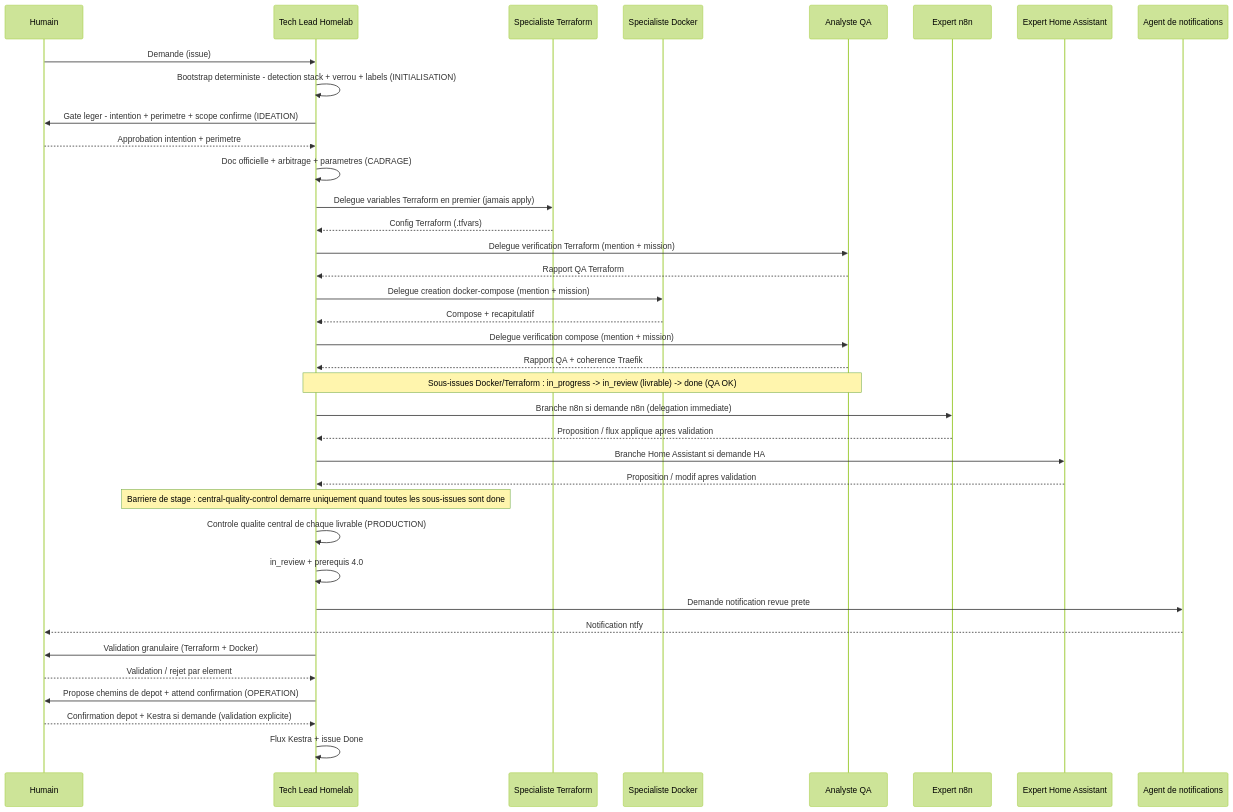
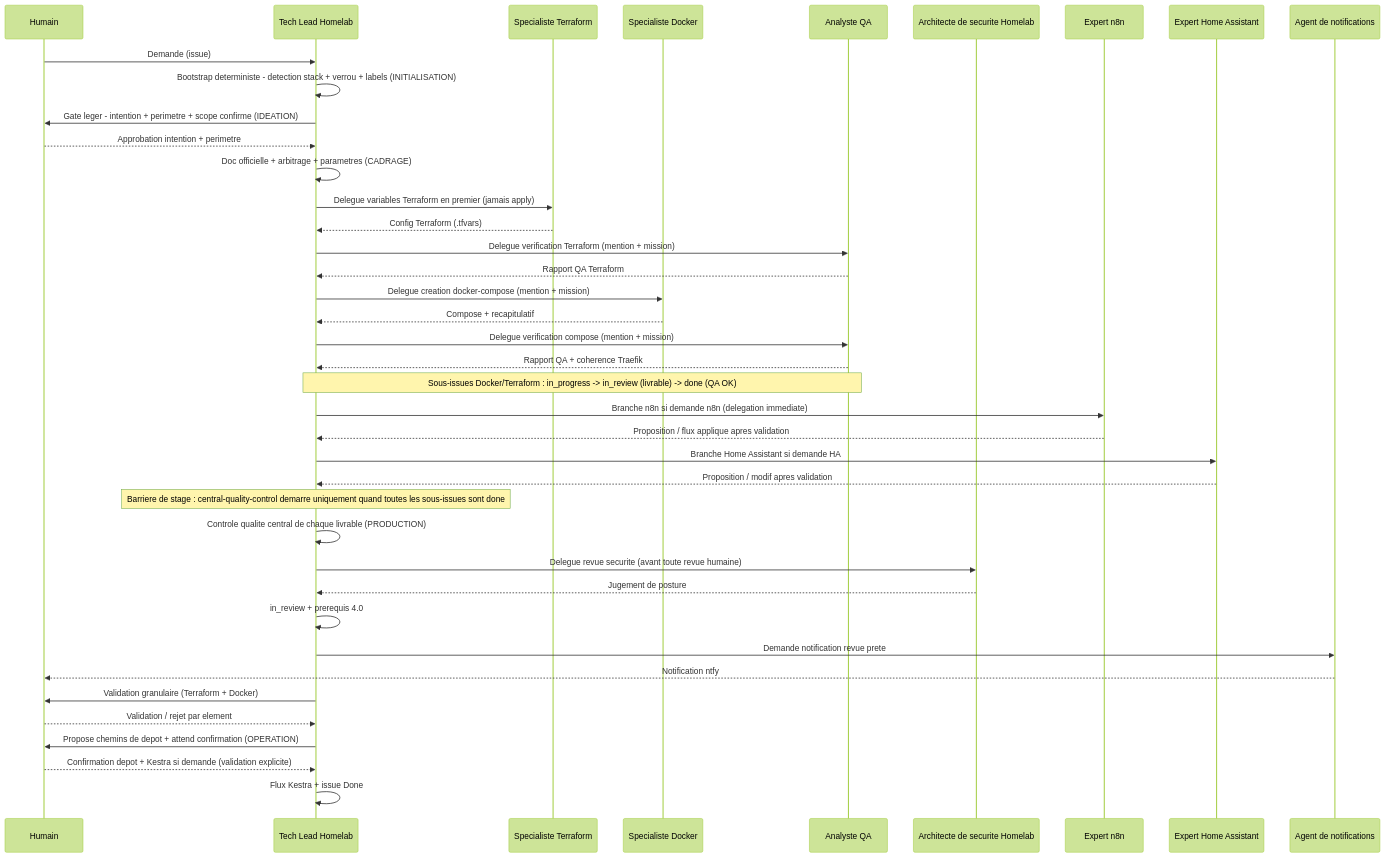
Before and after one commit to Gsyltc/homelab-portfolio: the second of 2 diagrams in homelab/common/conductor.md, drawn with Mermaid (forest theme). The commit also changed 8 other files, not shown here.

Commit message:
feat(homelab): revue sécurité obligatoire avant la revue humaine, arrêt immédiat sur constat critique

````diff
--- a/homelab/common/conductor.md
+++ b/homelab/common/conductor.md
@@ -192,40 +192,43 @@
 ```mermaid
 sequenceDiagram
     participant H as Humain
     participant S as Tech Lead Homelab
     participant An as Specialiste Terraform
     participant B as Specialiste Docker
     participant K as Analyste QA
+    participant SA as Architecte de securite Homelab
     participant M as Expert n8n
     participant Hu as Expert Home Assistant
     participant AL as Agent de notifications
 
     H->>S: Demande (issue)
     S->>S: Bootstrap deterministe - detection stack + verrou + labels (INITIALISATION)
     S->>H: Gate leger - intention + perimetre + scope confirme (IDEATION)
     H-->>S: Approbation intention + perimetre
     S->>S: Doc officielle + arbitrage + parametres (CADRAGE)
     S->>An: Delegue variables Terraform en premier (jamais apply)
     An-->>S: Config Terraform (.tfvars)
     S->>K: Delegue verification Terraform (mention + mission)
     K-->>S: Rapport QA Terraform
     S->>B: Delegue creation docker-compose (mention + mission)
     B-->>S: Compose + recapitulatif
     S->>K: Delegue verification compose (mention + mission)
     K-->>S: Rapport QA + coherence Traefik
     Note over S,K: Sous-issues Docker/Terraform : in_progress -> in_review (livrable) -> done (QA OK)
     S->>M: Branche n8n si demande n8n (delegation immediate)
     M-->>S: Proposition / flux applique apres validation
     S->>Hu: Branche Home Assistant si demande HA
     Hu-->>S: Proposition / modif apres validation
     Note over S: Barriere de stage : central-quality-control demarre uniquement quand toutes les sous-issues sont done
     S->>S: Controle qualite central de chaque livrable (PRODUCTION)
+    S->>SA: Delegue revue securite (avant toute revue humaine)
+    SA-->>S: Jugement de posture
     S->>S: in_review + prerequis 4.0
     S->>AL: Demande notification revue prete
     AL-->>H: Notification ntfy
     S->>H: Validation granulaire (Terraform + Docker)
     H-->>S: Validation / rejet par element
     S->>H: Propose chemins de depot + attend confirmation (OPERATION)
     H-->>S: Confirmation depot + Kestra si demande (validation explicite)
     S->>S: Flux Kestra + issue Done
 ```
````
